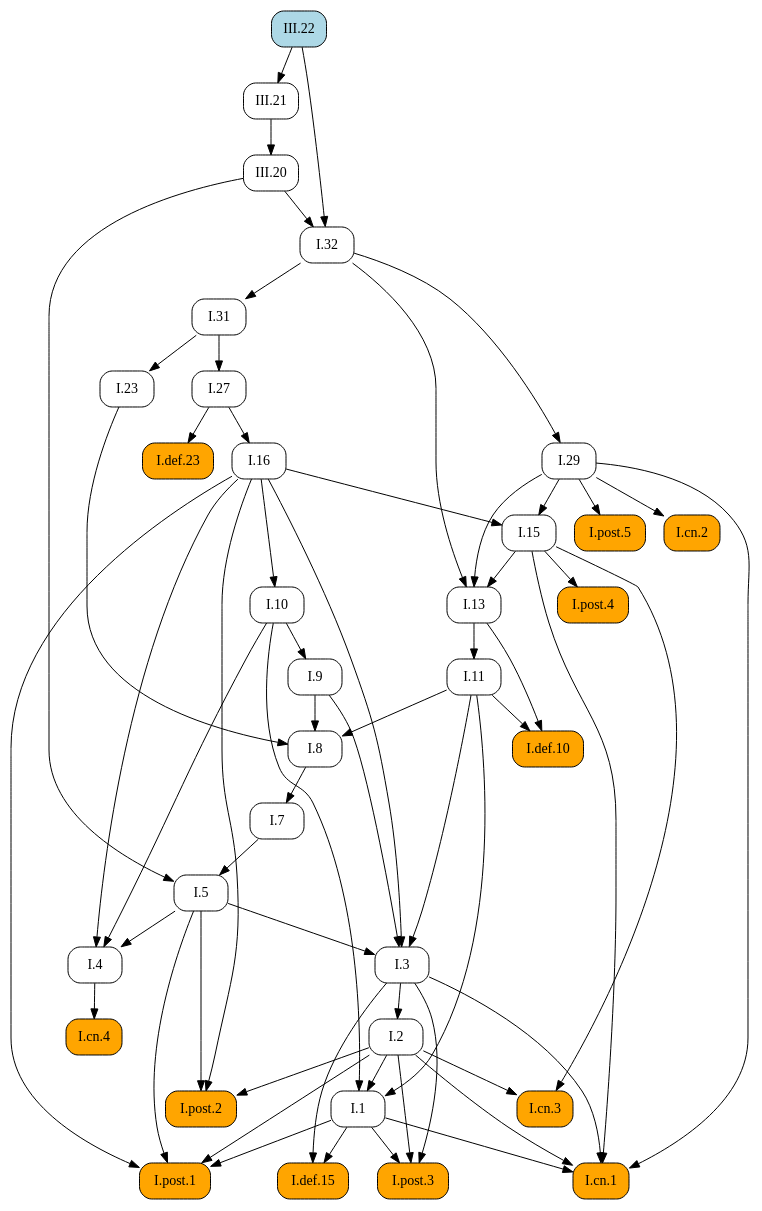
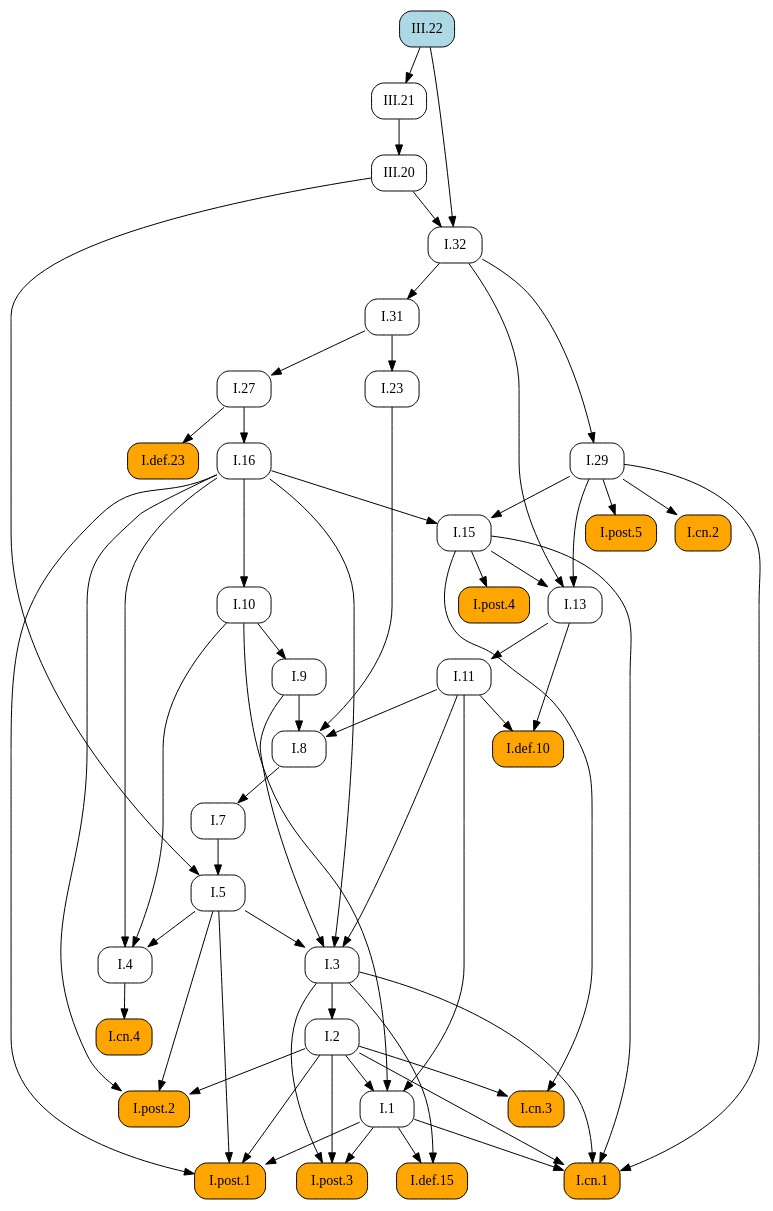
The diagram in docsrc/elements2/III/22/index.rst (geometor/elements), drawn with Graphviz before and after one commit. The commit also changed other lines of this file and 409 other files, not shown here.

First line of the commit message:
feat: Add image cropping and graphic extraction script

```diff
--- a/docsrc/elements2/III/22/index.rst
+++ b/docsrc/elements2/III/22/index.rst
@@ -48,97 +48,97 @@
    digraph {
      rankdir="TB";
      node [shape=box, style=rounded];
+     "I.31" [URL="/elements2/I/31/", target="_top"];
      "I.8" [URL="/elements2/I/8/", target="_top"];
+     "I.15" [URL="/elements2/I/15/", target="_top"];
+     "I.5" [URL="/elements2/I/5/", target="_top"];
+     "I.cn.1" [style="rounded,filled", fillcolor=orange, URL="/elements2/I/cn.1/", target="_top"];
      "I.32" [URL="/elements2/I/32/", target="_top"];
+     "I.7" [URL="/elements2/I/7/", target="_top"];
+     "I.23" [URL="/elements2/I/23/", target="_top"];
+     "I.16" [URL="/elements2/I/16/", target="_top"];
+     "III.20" [URL="/elements2/III/20/", target="_top"];
+     "I.def.15" [style="rounded,filled", fillcolor=orange, URL="/elements2/I/def.15/", target="_top"];
+     "I.def.10" [style="rounded,filled", fillcolor=orange, URL="/elements2/I/def.10/", target="_top"];
+     "I.11" [URL="/elements2/I/11/", target="_top"];
+     "I.post.4" [style="rounded,filled", fillcolor=orange, URL="/elements2/I/post.4/", target="_top"];
+     "I.def.23" [style="rounded,filled", fillcolor=orange, URL="/elements2/I/def.23/", target="_top"];
+     "I.post.5" [style="rounded,filled", fillcolor=orange, URL="/elements2/I/post.5/", target="_top"];
+     "I.3" [URL="/elements2/I/3/", target="_top"];
+     "III.22" [style="rounded,filled", fillcolor=lightblue, URL="/elements2/III/22/", target="_top"];
+     "I.10" [URL="/elements2/I/10/", target="_top"];
+     "III.21" [URL="/elements2/III/21/", target="_top"];
+     "I.cn.3" [style="rounded,filled", fillcolor=orange, URL="/elements2/I/cn.3/", target="_top"];
+     "I.13" [URL="/elements2/I/13/", target="_top"];
+     "I.4" [URL="/elements2/I/4/", target="_top"];
+     "I.post.3" [style="rounded,filled", fillcolor=orange, URL="/elements2/I/post.3/", target="_top"];
+     "I.9" [URL="/elements2/I/9/", target="_top"];
+     "I.29" [URL="/elements2/I/29/", target="_top"];
      "I.post.1" [style="rounded,filled", fillcolor=orange, URL="/elements2/I/post.1/", target="_top"];
-     "I.5" [URL="/elements2/I/5/", target="_top"];
-     "I.post.5" [style="rounded,filled", fillcolor=orange, URL="/elements2/I/post.5/", target="_top"];
-     "I.def.10" [style="rounded,filled", fillcolor=orange, URL="/elements2/I/def.10/", target="_top"];
-     "I.cn.2" [style="rounded,filled", fillcolor=orange, URL="/elements2/I/cn.2/", target="_top"];
-     "III.22" [style="rounded,filled", fillcolor=lightblue, URL="/elements2/III/22/", target="_top"];
-     "I.def.15" [style="rounded,filled", fillcolor=orange, URL="/elements2/I/def.15/", target="_top"];
-     "I.31" [URL="/elements2/I/31/", target="_top"];
-     "I.11" [URL="/elements2/I/11/", target="_top"];
-     "I.3" [URL="/elements2/I/3/", target="_top"];
-     "I.def.23" [style="rounded,filled", fillcolor=orange, URL="/elements2/I/def.23/", target="_top"];
-     "I.post.2" [style="rounded,filled", fillcolor=orange, URL="/elements2/I/post.2/", target="_top"];
-     "I.1" [URL="/elements2/I/1/", target="_top"];
-     "I.cn.3" [style="rounded,filled", fillcolor=orange, URL="/elements2/I/cn.3/", target="_top"];
-     "I.cn.4" [style="rounded,filled", fillcolor=orange, URL="/elements2/I/cn.4/", target="_top"];
-     "III.21" [URL="/elements2/III/21/", target="_top"];
-     "III.20" [URL="/elements2/III/20/", target="_top"];
-     "I.7" [URL="/elements2/I/7/", target="_top"];
-     "I.9" [URL="/elements2/I/9/", target="_top"];
-     "I.cn.1" [style="rounded,filled", fillcolor=orange, URL="/elements2/I/cn.1/", target="_top"];
-     "I.29" [URL="/elements2/I/29/", target="_top"];
-     "I.post.4" [style="rounded,filled", fillcolor=orange, URL="/elements2/I/post.4/", target="_top"];
-     "I.16" [URL="/elements2/I/16/", target="_top"];
-     "I.13" [URL="/elements2/I/13/", target="_top"];
      "I.2" [URL="/elements2/I/2/", target="_top"];
      "I.27" [URL="/elements2/I/27/", target="_top"];
-     "I.4" [URL="/elements2/I/4/", target="_top"];
-     "I.10" [URL="/elements2/I/10/", target="_top"];
-     "I.15" [URL="/elements2/I/15/", target="_top"];
-     "I.23" [URL="/elements2/I/23/", target="_top"];
-     "I.post.3" [style="rounded,filled", fillcolor=orange, URL="/elements2/I/post.3/", target="_top"];
+     "I.1" [URL="/elements2/I/1/", target="_top"];
+     "I.cn.2" [style="rounded,filled", fillcolor=orange, URL="/elements2/I/cn.2/", target="_top"];
+     "I.cn.4" [style="rounded,filled", fillcolor=orange, URL="/elements2/I/cn.4/", target="_top"];
+     "I.post.2" [style="rounded,filled", fillcolor=orange, URL="/elements2/I/post.2/", target="_top"];
+     "I.32" -> "I.31";
      "I.9" -> "I.8";
      "I.11" -> "I.8";
      "I.23" -> "I.8";
-     "III.20" -> "I.32";
-     "III.22" -> "I.32";
-     "I.1" -> "I.post.1";
-     "I.2" -> "I.post.1";
-     "I.5" -> "I.post.1";
-     "I.16" -> "I.post.1";
+     "I.16" -> "I.15";
+     "I.29" -> "I.15";
      "I.7" -> "I.5";
      "III.20" -> "I.5";
-     "I.29" -> "I.post.5";
-     "I.11" -> "I.def.10";
-     "I.13" -> "I.def.10";
-     "I.29" -> "I.cn.2";
-     "I.1" -> "I.def.15";
-     "I.3" -> "I.def.15";
-     "I.32" -> "I.31";
-     "I.13" -> "I.11";
-     "I.5" -> "I.3";
-     "I.9" -> "I.3";
-     "I.11" -> "I.3";
-     "I.16" -> "I.3";
-     "I.27" -> "I.def.23";
-     "I.2" -> "I.post.2";
-     "I.5" -> "I.post.2";
-     "I.16" -> "I.post.2";
-     "I.2" -> "I.1";
-     "I.10" -> "I.1";
-     "I.11" -> "I.1";
-     "I.2" -> "I.cn.3";
-     "I.15" -> "I.cn.3";
-     "I.4" -> "I.cn.4";
-     "III.22" -> "III.21";
-     "III.21" -> "III.20";
-     "I.8" -> "I.7";
-     "I.10" -> "I.9";
      "I.1" -> "I.cn.1";
      "I.2" -> "I.cn.1";
      "I.3" -> "I.cn.1";
      "I.15" -> "I.cn.1";
      "I.29" -> "I.cn.1";
-     "I.32" -> "I.29";
+     "III.20" -> "I.32";
+     "III.22" -> "I.32";
+     "I.8" -> "I.7";
+     "I.31" -> "I.23";
+     "I.27" -> "I.16";
+     "III.21" -> "III.20";
+     "I.1" -> "I.def.15";
+     "I.3" -> "I.def.15";
+     "I.11" -> "I.def.10";
+     "I.13" -> "I.def.10";
+     "I.13" -> "I.11";
      "I.15" -> "I.post.4";
-     "I.27" -> "I.16";
+     "I.27" -> "I.def.23";
+     "I.29" -> "I.post.5";
+     "I.5" -> "I.3";
+     "I.9" -> "I.3";
+     "I.11" -> "I.3";
+     "I.16" -> "I.3";
+     "I.16" -> "I.10";
+     "III.22" -> "III.21";
+     "I.2" -> "I.cn.3";
+     "I.15" -> "I.cn.3";
      "I.15" -> "I.13";
      "I.29" -> "I.13";
      "I.32" -> "I.13";
-     "I.3" -> "I.2";
-     "I.31" -> "I.27";
      "I.5" -> "I.4";
      "I.10" -> "I.4";
      "I.16" -> "I.4";
-     "I.16" -> "I.10";
-     "I.16" -> "I.15";
-     "I.29" -> "I.15";
-     "I.31" -> "I.23";
      "I.1" -> "I.post.3";
      "I.2" -> "I.post.3";
      "I.3" -> "I.post.3";
+     "I.10" -> "I.9";
+     "I.32" -> "I.29";
+     "I.1" -> "I.post.1";
+     "I.2" -> "I.post.1";
+     "I.5" -> "I.post.1";
+     "I.16" -> "I.post.1";
+     "I.3" -> "I.2";
+     "I.31" -> "I.27";
+     "I.2" -> "I.1";
+     "I.10" -> "I.1";
+     "I.11" -> "I.1";
+     "I.29" -> "I.cn.2";
+     "I.4" -> "I.cn.4";
+     "I.2" -> "I.post.2";
+     "I.5" -> "I.post.2";
+     "I.16" -> "I.post.2";
    }
```
